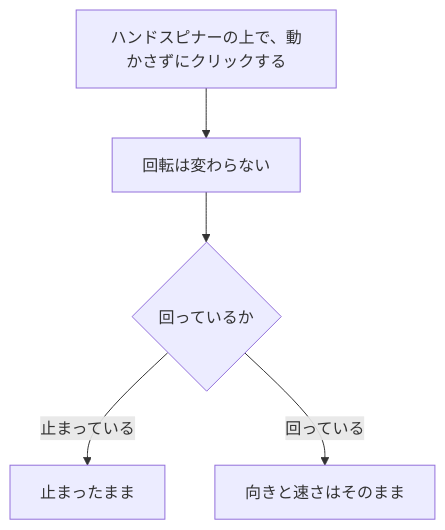
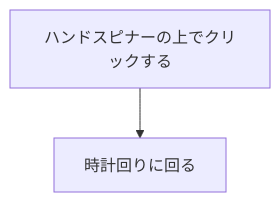
One commit to pfgnsb/hand-spinner changed the fourth of 9 diagrams in spinner/ドキュメント/ユースケース.md. Above: the diagram before and after it, drawn with Mermaid. The commit also changed other lines of this file and 7 other files, not shown here.

````diff
--- a/spinner/ドキュメント/ユースケース.md
+++ b/spinner/ドキュメント/ユースケース.md
@@ -97,7 +94,4 @@
 ```mermaid
 flowchart TD
-  a[ハンドスピナーの上で、動かさずにクリックする] --> b[回転は変わらない]
-  b --> c{回っているか}
-  c -->|止まっている| d[止まったまま]
-  c -->|回っている| e[向きと速さはそのまま]
+  a[ハンドスピナーの上でクリックする] --> b[時計回りに回る]
 ```
````
